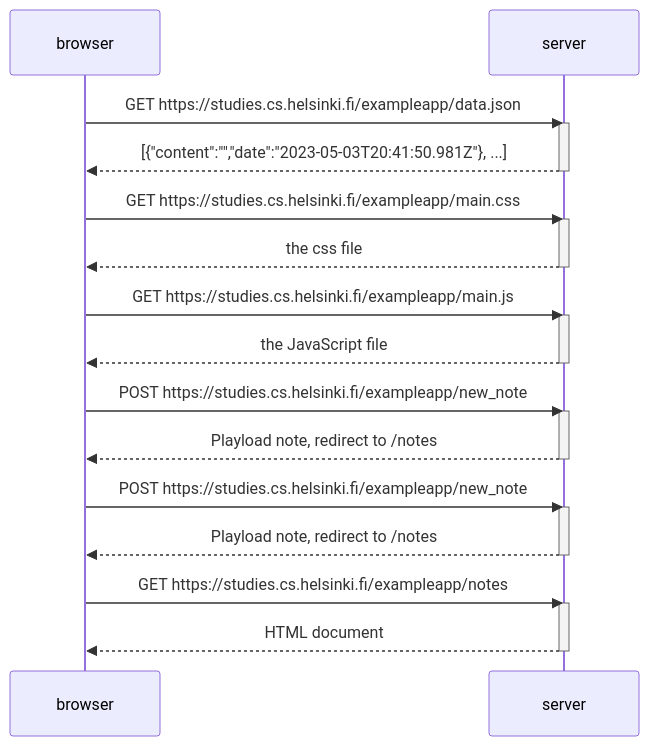
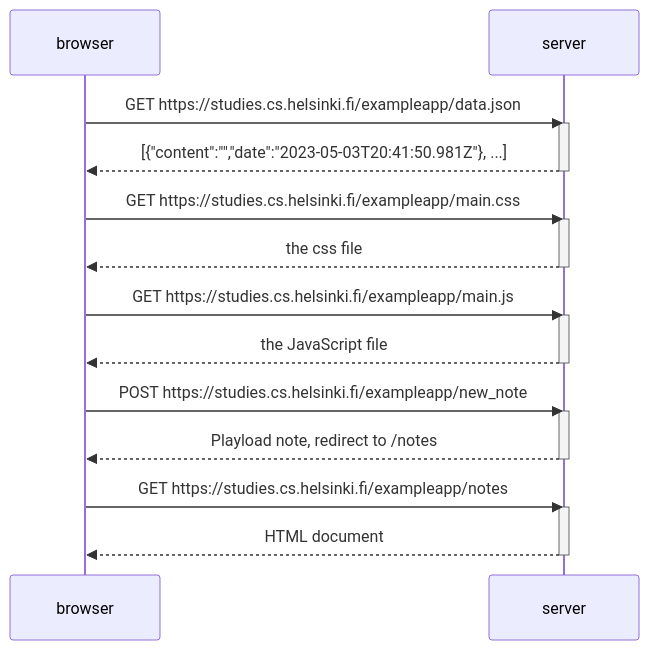
The diagram in osa0/README.md (Sisarus/FullStack-palautus), drawn with Mermaid before and after one commit.

````diff
--- a/osa0/README.md
+++ b/osa0/README.md
@@ -6,35 +6,29 @@
 ```mermaid
 sequenceDiagram
     participant browser
     participant server
     browser->>server: GET https://studies.cs.helsinki.fi/exampleapp/data.json
     activate server
     server-->>browser: [{"content":"","date":"2023-05-03T20:41:50.981Z"}, ...]
     deactivate server
     
     browser->>server: GET  https://studies.cs.helsinki.fi/exampleapp/main.css
     activate server
     server-->>browser: the css file
     deactivate server
    
     browser->>server: GET  https://studies.cs.helsinki.fi/exampleapp/main.js
     activate server
     server-->>browser: the JavaScript file
     deactivate server
     
     browser->>server: POST  https://studies.cs.helsinki.fi/exampleapp/new_note
     activate server
     server-->>browser: Playload note, redirect to /notes
     deactivate server
     
-    
-    browser->>server: POST  https://studies.cs.helsinki.fi/exampleapp/new_note
-    activate server
-    server-->>browser: Playload note, redirect to /notes
-    deactivate server
-    
     browser->>server: GET https://studies.cs.helsinki.fi/exampleapp/notes
     activate server
     server-->>browser: HTML document
     deactivate server
 ```
````
